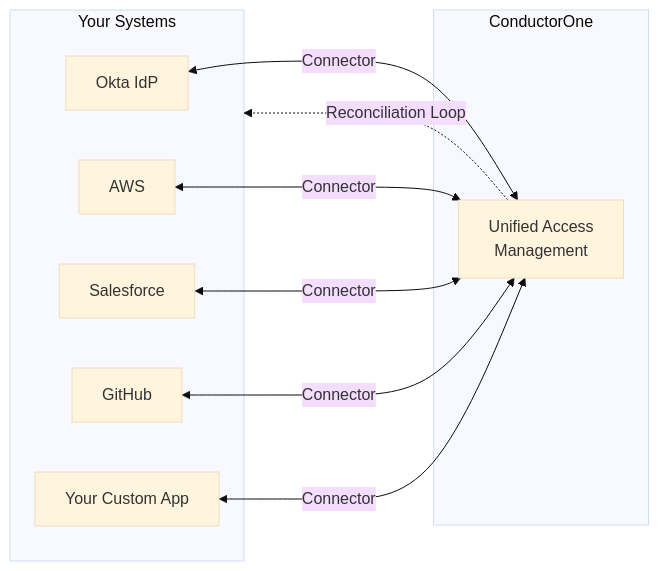
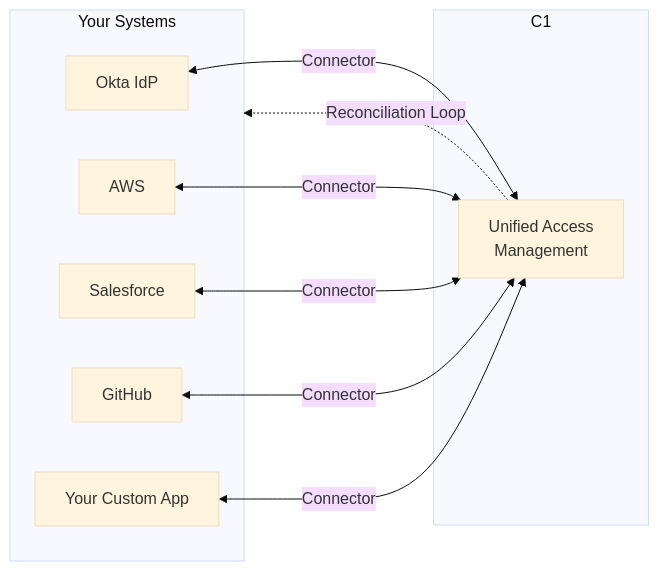
One commit to ConductorOne/docs changed the diagram in developer/intro.mdx. Above: the diagram before and after it, drawn with Mermaid (base theme). The commit also changed other lines of this file and 390 other files, not shown here.

````diff
--- a/developer/intro.mdx
+++ b/developer/intro.mdx
@@ -22,19 +22,19 @@
 ```mermaid
 flowchart LR
     subgraph YourSystems["Your Systems"]
         Okta[Okta IdP]
         AWS[AWS]
         SF[Salesforce]
         GH[GitHub]
         Custom[Your Custom App]
     end
-    subgraph C1["ConductorOne"]
+    subgraph C1["C1"]
         UAM[Unified Access<br>Management]
     end
     Okta <-->|Connector| UAM
     AWS <-->|Connector| UAM
     SF <-->|Connector| UAM
     GH <-->|Connector| UAM
     Custom <-->|Connector| UAM
     UAM -.->|Reconciliation Loop| YourSystems
 ```
````
